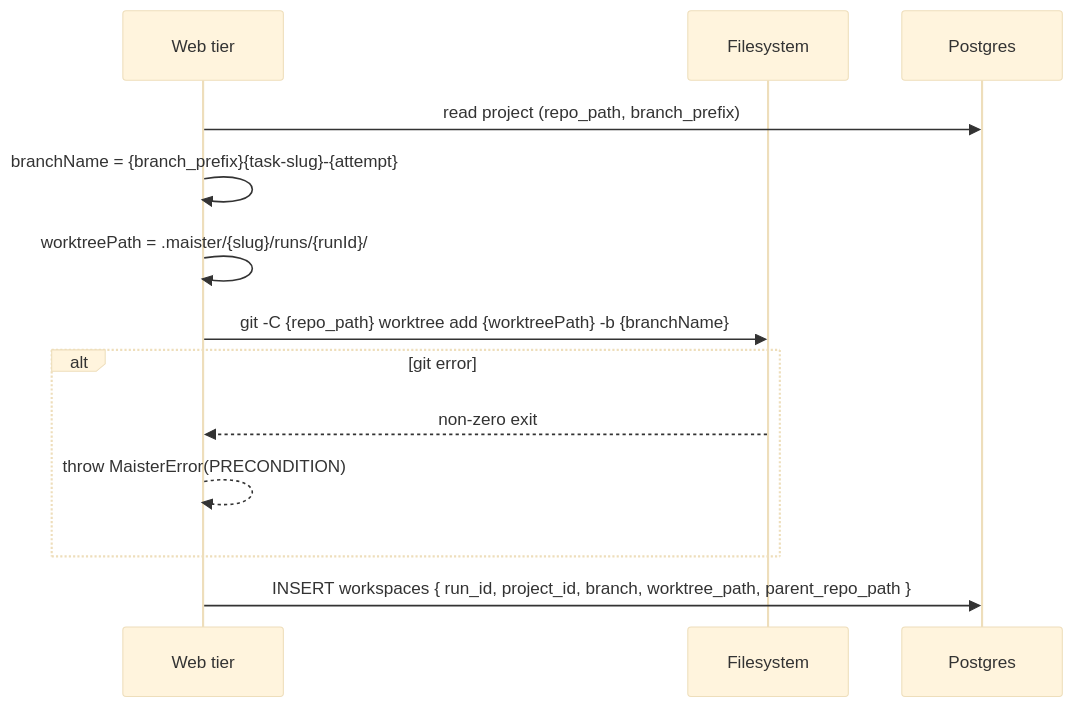
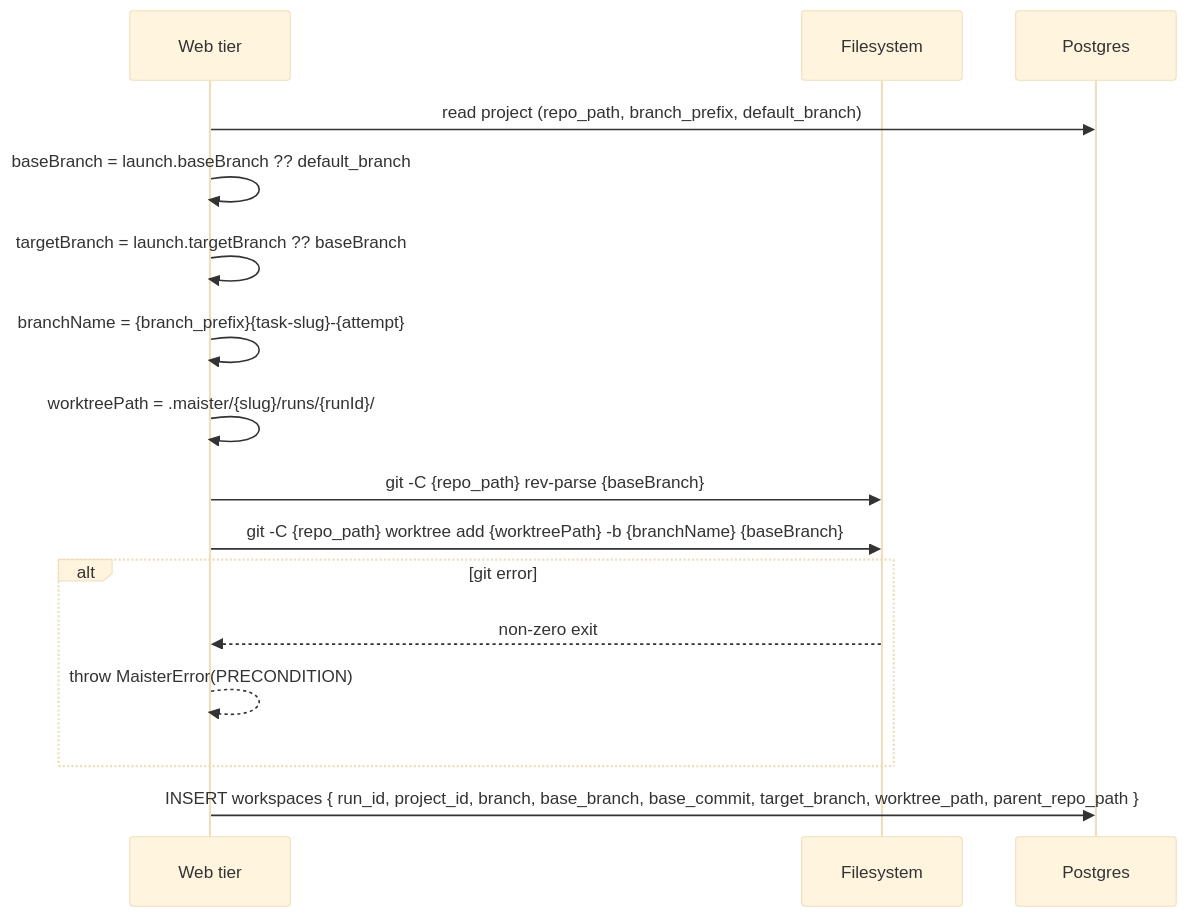
Before and after one commit to maister-dev/maister: the second of 5 diagrams in docs/system-analytics/workspaces.md, drawn with Mermaid (base theme). The commit also changed other lines of this file and 24 other files, not shown here.

Commit message:
docs: align roadmap with flow readiness

````diff
--- a/docs/system-analytics/workspaces.md
+++ b/docs/system-analytics/workspaces.md
@@ -40,16 +44,19 @@
 ```mermaid
 sequenceDiagram
     participant W as Web tier
     participant FS as Filesystem
     participant DB as Postgres
 
-    W->>DB: read project (repo_path, branch_prefix)
+    W->>DB: read project (repo_path, branch_prefix, default_branch)
+    W->>W: baseBranch = launch.baseBranch ?? default_branch
+    W->>W: targetBranch = launch.targetBranch ?? baseBranch
     W->>W: branchName = {branch_prefix}{task-slug}-{attempt}
     W->>W: worktreePath = .maister/{slug}/runs/{runId}/
-    W->>FS: git -C {repo_path} worktree add {worktreePath} -b {branchName}
+    W->>FS: git -C {repo_path} rev-parse {baseBranch}
+    W->>FS: git -C {repo_path} worktree add {worktreePath} -b {branchName} {baseBranch}
     alt git error
         FS-->>W: non-zero exit
         W-->>W: throw MaisterError(PRECONDITION)
     end
-    W->>DB: INSERT workspaces { run_id, project_id, branch, worktree_path, parent_repo_path }
+    W->>DB: INSERT workspaces { run_id, project_id, branch, base_branch, base_commit, target_branch, worktree_path, parent_repo_path }
 ```
````
